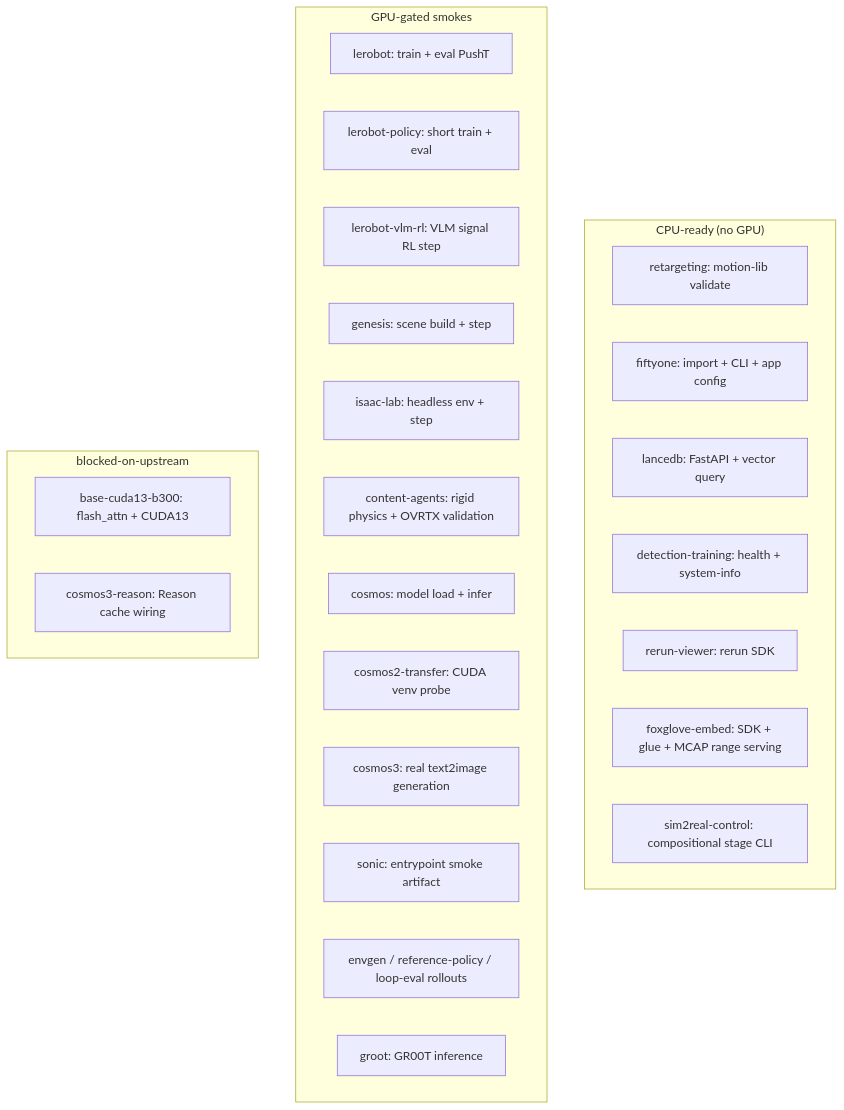
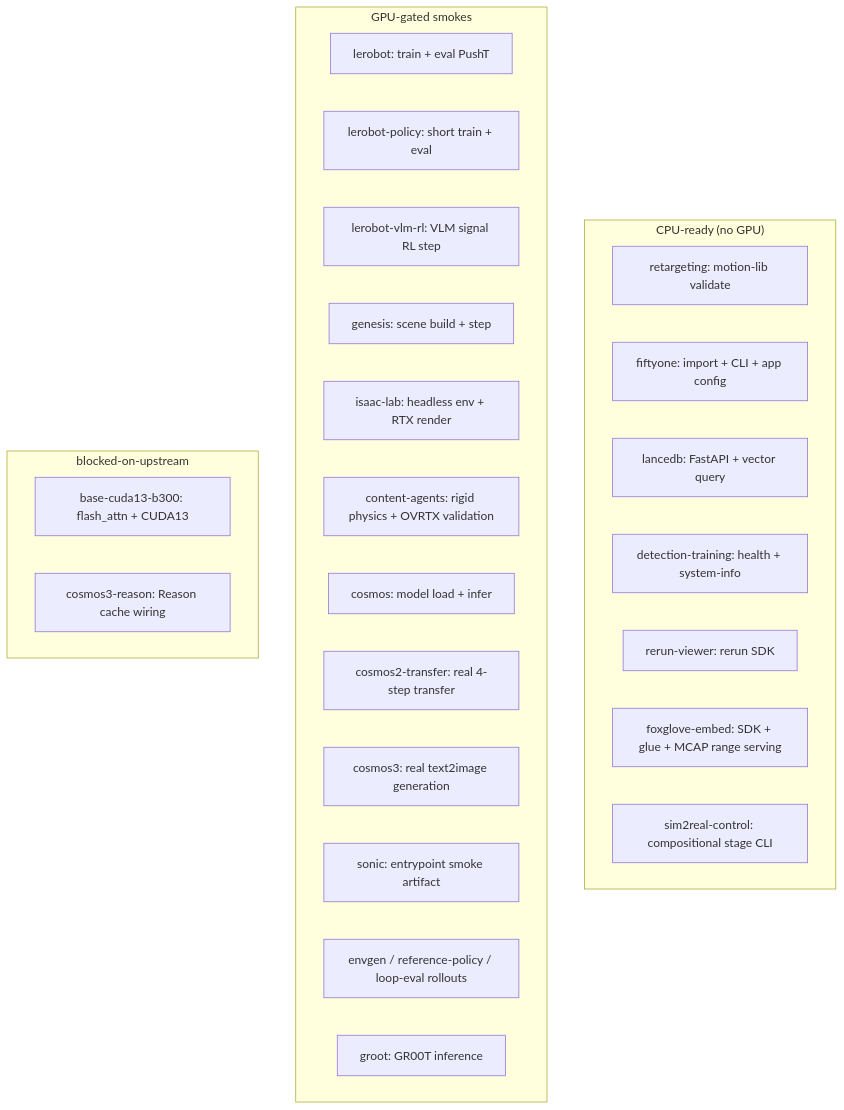
Before and after one commit to jeffmac-aix/nebius-physical-ai: the diagram in docs/security/container-golden-evals.md, drawn with Mermaid. The commit also changed other lines of this file and 35 other files, not shown here.

First line of the commit message:
Publish coherent Sim2Real release and harden Transfer cache (#373)

````diff
--- a/docs/security/container-golden-evals.md
+++ b/docs/security/container-golden-evals.md
@@ -69,30 +69,30 @@
 ```mermaid
 flowchart TB
   subgraph cpu_ready["CPU-ready (no GPU)"]
     retargeting["retargeting: motion-lib validate"]
     fiftyone["fiftyone: import + CLI + app config"]
     lancedb["lancedb: FastAPI + vector query"]
     det_train["detection-training: health + system-info"]
     rerun["rerun-viewer: rerun SDK"]
     foxglove["foxglove-embed: SDK + glue + MCAP range serving"]
     control["sim2real-control: compositional stage CLI"]
   end
   subgraph gpu_gated["GPU-gated smokes"]
     lerobot["lerobot: train + eval PushT"]
     policy["lerobot-policy: short train + eval"]
     vlm["lerobot-vlm-rl: VLM signal RL step"]
     genesis["genesis: scene build + step"]
-    isaac["isaac-lab: headless env + step"]
+    isaac["isaac-lab: headless env + RTX render"]
     content["content-agents: rigid physics + OVRTX validation"]
     cosmos["cosmos: model load + infer"]
-    transfer["cosmos2-transfer: CUDA venv probe"]
+    transfer["cosmos2-transfer: real 4-step transfer"]
     c3["cosmos3: real text2image generation"]
     sonic["sonic: entrypoint smoke artifact"]
     s2r["envgen / reference-policy / loop-eval rollouts"]
     groot["groot: GR00T inference"]
   end
   subgraph blocked["blocked-on-upstream"]
     b300["base-cuda13-b300: flash_attn + CUDA13"]
     reason["cosmos3-reason: Reason cache wiring"]
   end
 ```
````
